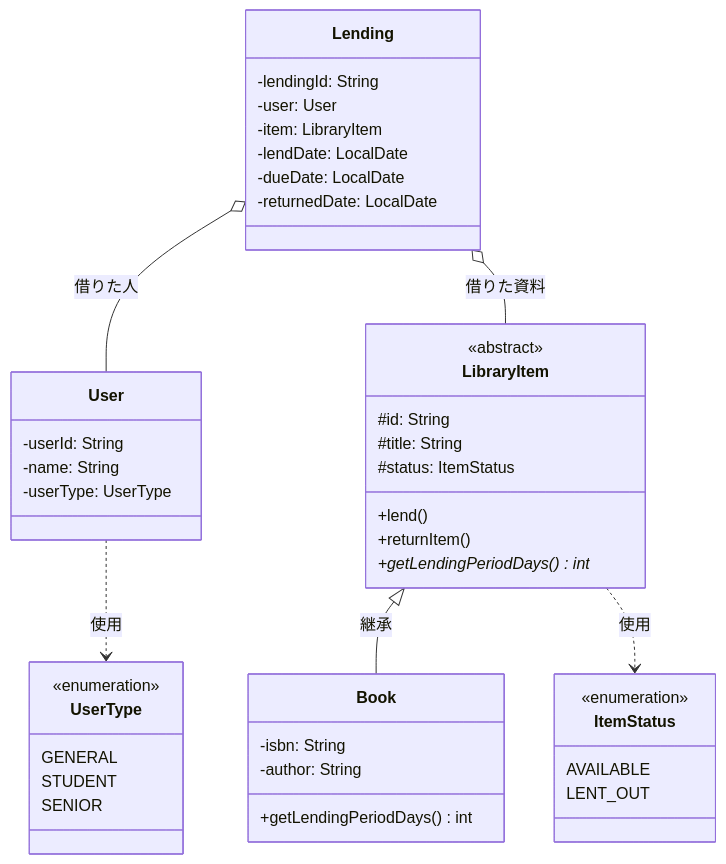
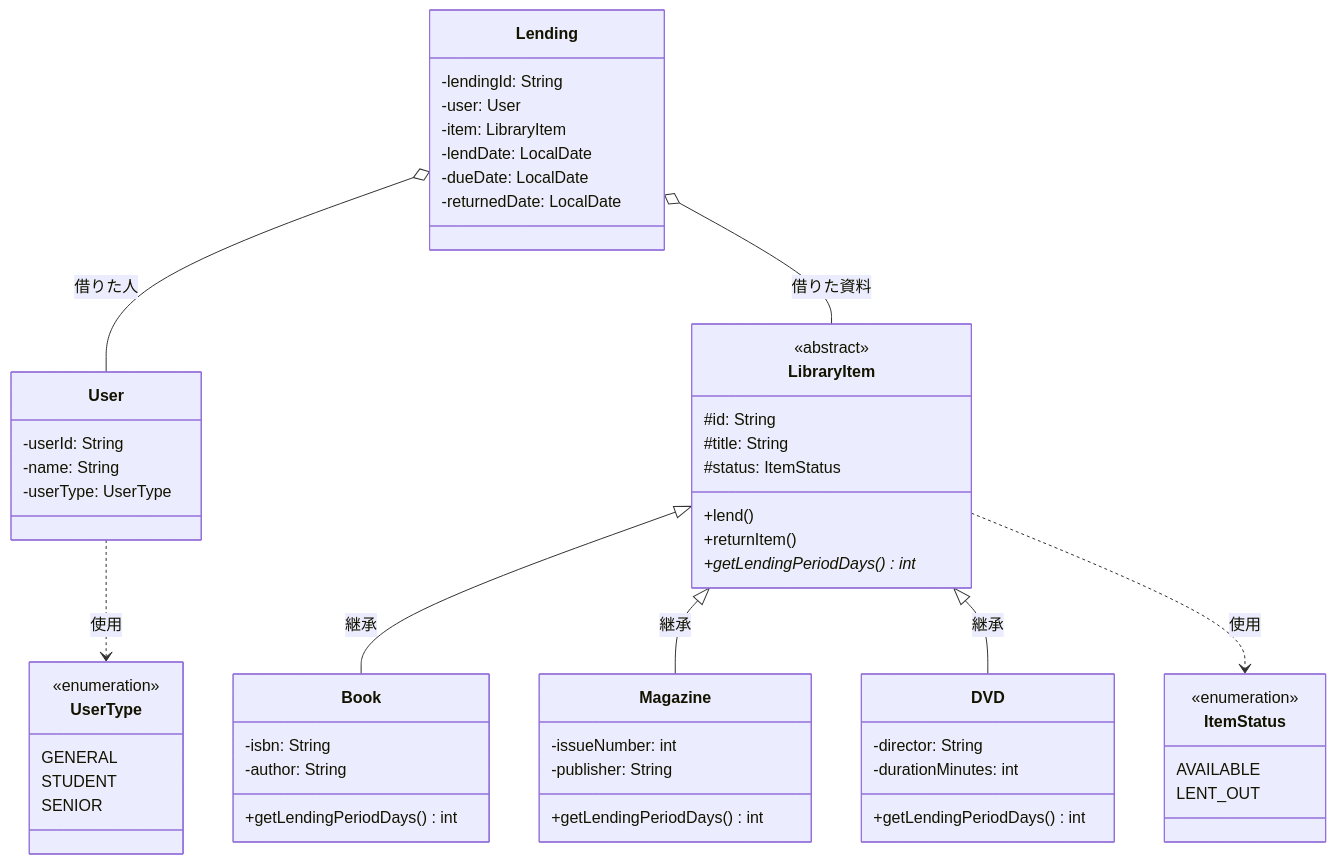
Before and after one commit to Iguchi0205/library-management-system: the diagram in docs/design.md, drawn with Mermaid. The commit also changed other lines of this file and 3 other files, not shown here.

`````diff
--- a/docs/design.md
+++ b/docs/design.md
@@ -10,52 +10,65 @@
 ````mermaid
 classDiagram
     class LibraryItem {
         <<abstract>>
         #id: String
         #title: String
         #status: ItemStatus
         +lend()
         +returnItem()
         +getLendingPeriodDays()* int
     }
     
     class Book {
         -isbn: String
         -author: String
+        +getLendingPeriodDays() int
+    }
+       class Magazine {
+        -issueNumber: int
+        -publisher: String
+        +getLendingPeriodDays() int
+    }
+    
+    class DVD {
+        -director: String
+        -durationMinutes: int
         +getLendingPeriodDays() int
     }
     
     class User {
         -userId: String
         -name: String
         -userType: UserType
     }
     
     class Lending {
         -lendingId: String
         -user: User
         -item: LibraryItem
         -lendDate: LocalDate
         -dueDate: LocalDate
         -returnedDate: LocalDate
     }
     
     class ItemStatus {
         <<enumeration>>
         AVAILABLE
         LENT_OUT
     }
     
     class UserType {
         <<enumeration>>
         GENERAL
         STUDENT
         SENIOR
     }
     
     LibraryItem <|-- Book : 継承
+    LibraryItem <|-- Magazine : 継承
+    LibraryItem <|-- DVD : 継承
     Lending o-- User : 借りた人
     Lending o-- LibraryItem : 借りた資料
     LibraryItem ..> ItemStatus : 使用
     User ..> UserType : 使用
 ````
`````
